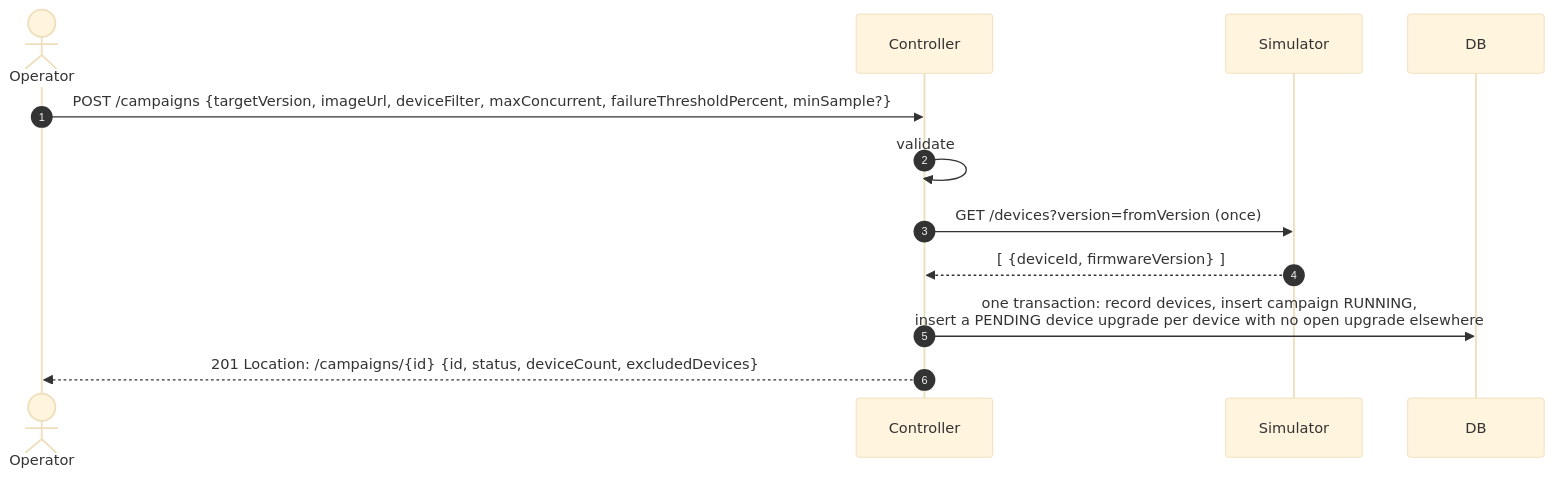
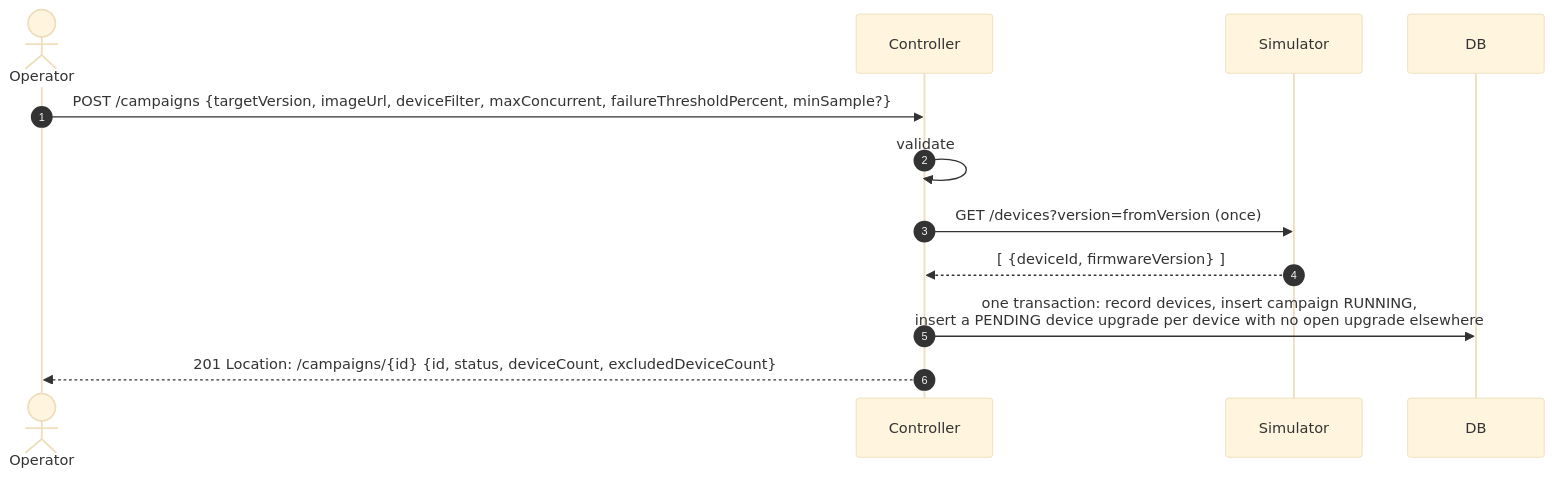
One commit to danishakh/device-mgmt-poc changed the fifth of 8 diagrams in docs/HLD.md. Above: the diagram before and after it, drawn with Mermaid (base theme). The commit also changed other lines of this file and 30 other files, not shown here.

````diff
--- a/docs/HLD.md
+++ b/docs/HLD.md
@@ -303,15 +303,15 @@
 ```mermaid
 sequenceDiagram
     autonumber
     actor Op as Operator
     participant C as Controller
     participant S as Simulator
     participant DB
 
     Op->>C: POST /campaigns {targetVersion, imageUrl, deviceFilter, maxConcurrent, failureThresholdPercent, minSample?}
     C->>C: validate
     C->>S: GET /devices?version=fromVersion (once)
     S-->>C: [ {deviceId, firmwareVersion} ]
     C->>DB: one transaction: record devices, insert campaign RUNNING,<br/>insert a PENDING device upgrade per device with no open upgrade elsewhere
-    C-->>Op: 201 Location: /campaigns/{id} {id, status, deviceCount, excludedDevices}
+    C-->>Op: 201 Location: /campaigns/{id} {id, status, deviceCount, excludedDeviceCount}
 ```
````
